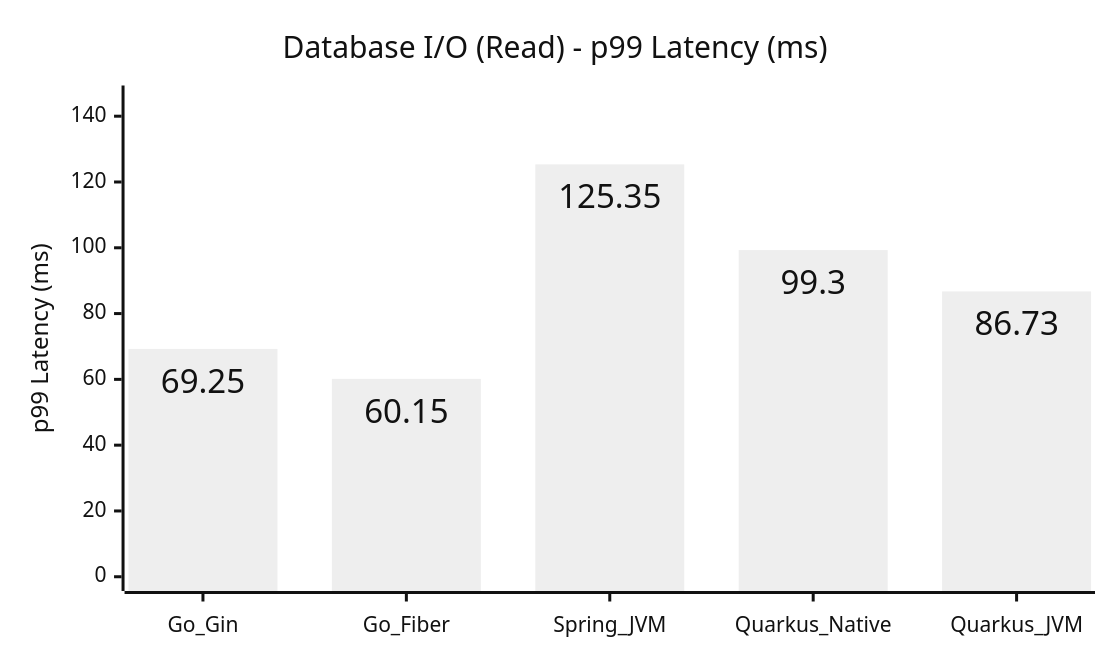
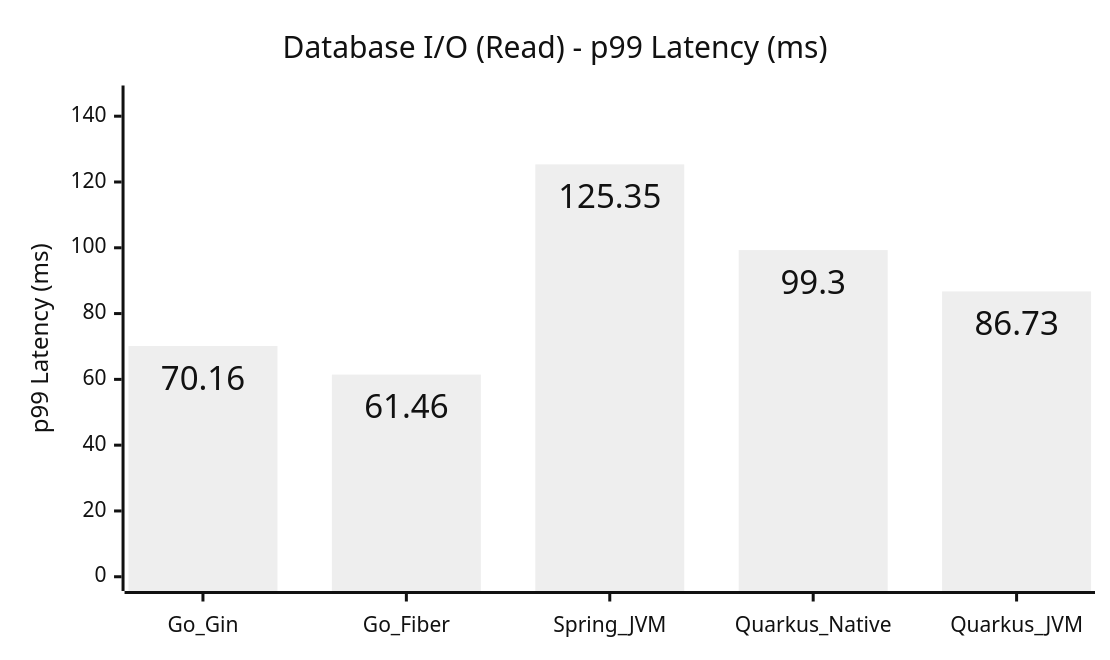
The fifth of 15 diagrams in COMPARISON_REPORT.md (hiiamtin/go-vs-java), drawn with Mermaid (neutral theme) before and after one commit. The commit also changed other lines of this file and 58 other files, not shown here.

````diff
--- a/COMPARISON_REPORT.md
+++ b/COMPARISON_REPORT.md
@@ -108,14 +108,14 @@
 ```mermaid
 ---
 config:
   xyChart:
     width: 720
     height: 420
     showDataLabel: true
 ---
 xychart
     title "Database I/O (Read) - p99 Latency (ms)"
     x-axis [Go_Gin, Go_Fiber, Spring_JVM, Quarkus_Native, Quarkus_JVM]
     y-axis "p99 Latency (ms)" 0 --> 145
-    bar [69.25, 60.15, 125.35, 99.3, 86.73]
+    bar [70.16, 61.46, 125.35, 99.3, 86.73]
 ```
````
